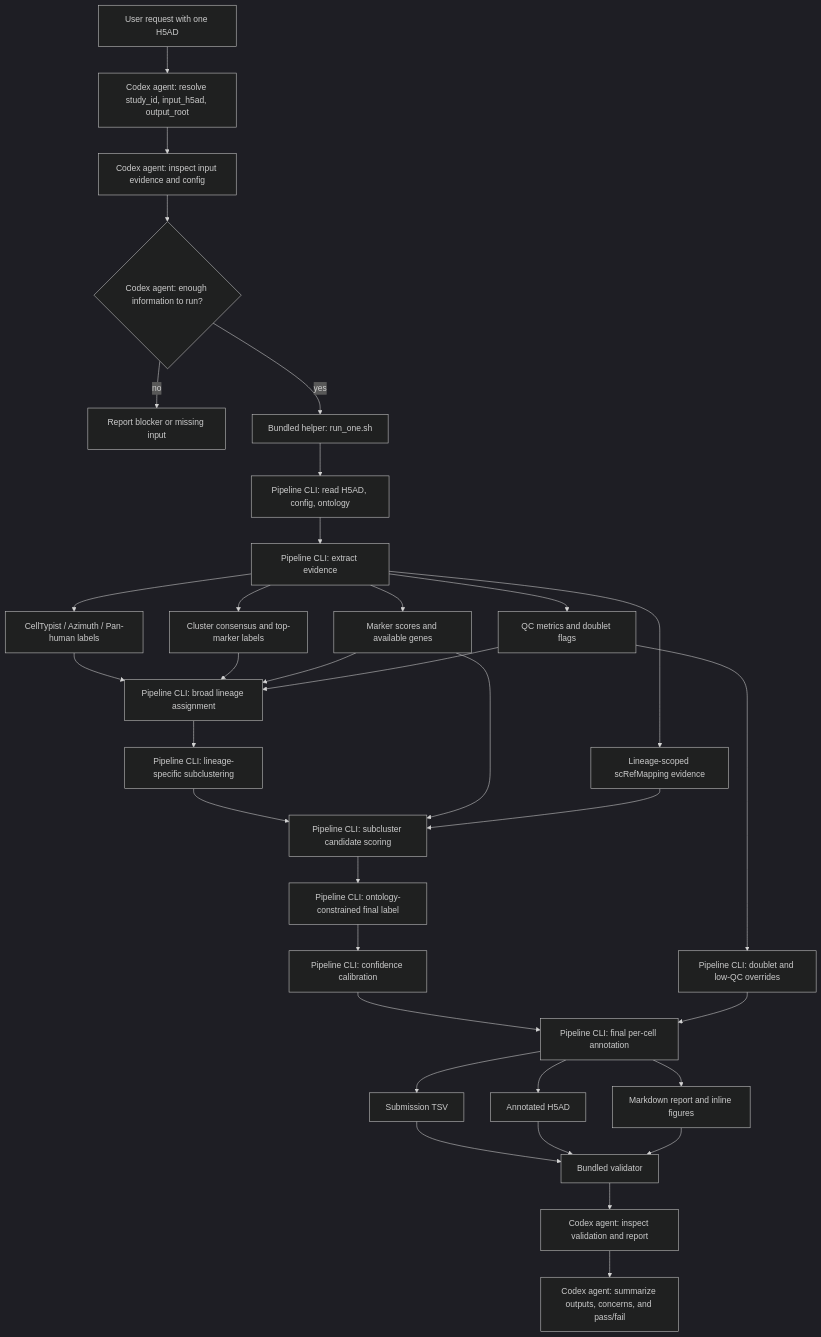
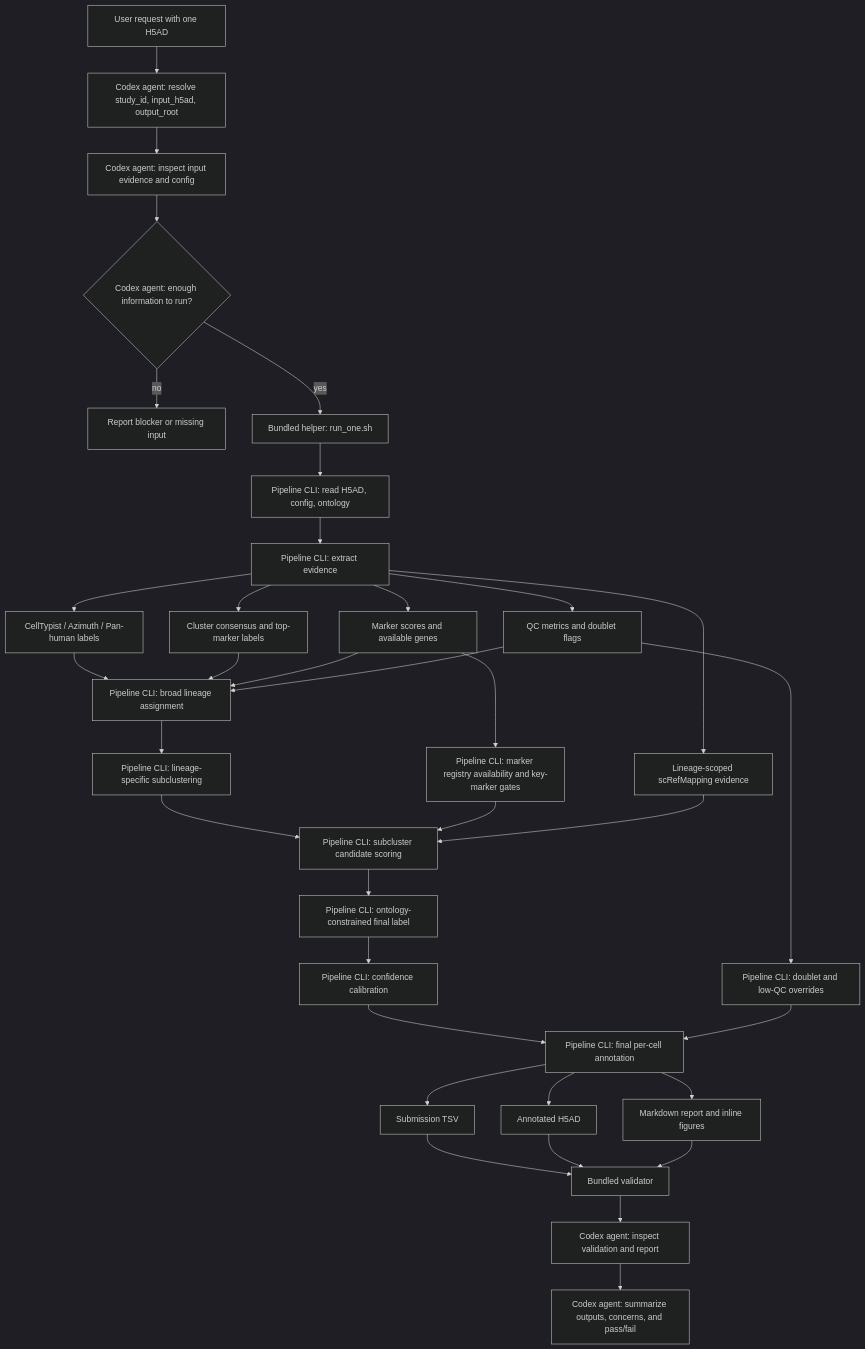
The diagram in README.md (yyoshiaki/hipc-scrna-seq-annotation-submission), drawn with Mermaid (dark theme) before and after one commit. The commit also changed other lines of this file and 4 other files, not shown here.

Commit message:
Add marker registry gate to annotation skill

````diff
--- a/README.md
+++ b/README.md
@@ -104,39 +110,40 @@
 ```mermaid
 flowchart TD
     U[User request with one H5AD] --> A0[Codex agent: resolve study_id, input_h5ad, output_root]
     A0 --> A1[Codex agent: inspect input evidence and config]
     A1 --> A2{Codex agent: enough information to run?}
     A2 -- no --> A3[Report blocker or missing input]
     A2 -- yes --> H0[Bundled helper: run_one.sh]
 
     H0 --> P0[Pipeline CLI: read H5AD, config, ontology]
     P0 --> P1[Pipeline CLI: extract evidence]
     P1 --> E1[CellTypist / Azimuth / Pan-human labels]
     P1 --> E2[Cluster consensus and top-marker labels]
     P1 --> E3[Marker scores and available genes]
     P1 --> E4[QC metrics and doublet flags]
     P1 --> E5[Lineage-scoped scRefMapping evidence]
 
     E1 --> B[Pipeline CLI: broad lineage assignment]
     E2 --> B
     E3 --> B
     E4 --> B
+    E3 --> G[Pipeline CLI: marker registry availability and key-marker gates]
     B --> S[Pipeline CLI: lineage-specific subclustering]
     S --> C[Pipeline CLI: subcluster candidate scoring]
-    E3 --> C
+    G --> C
     E5 --> C
     C --> L[Pipeline CLI: ontology-constrained final label]
     L --> Q[Pipeline CLI: confidence calibration]
     E4 --> O[Pipeline CLI: doublet and low-QC overrides]
     Q --> F[Pipeline CLI: final per-cell annotation]
     O --> F
 
     F --> T1[Submission TSV]
     F --> T2[Annotated H5AD]
     F --> T3[Markdown report and inline figures]
     T1 --> V[Bundled validator]
     T2 --> V
     T3 --> V
     V --> R0[Codex agent: inspect validation and report]
     R0 --> R1[Codex agent: summarize outputs, concerns, and pass/fail]
 ```
````
